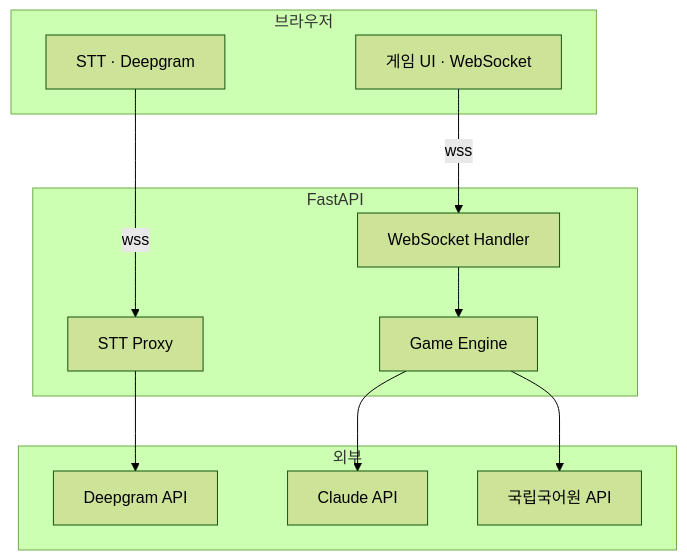
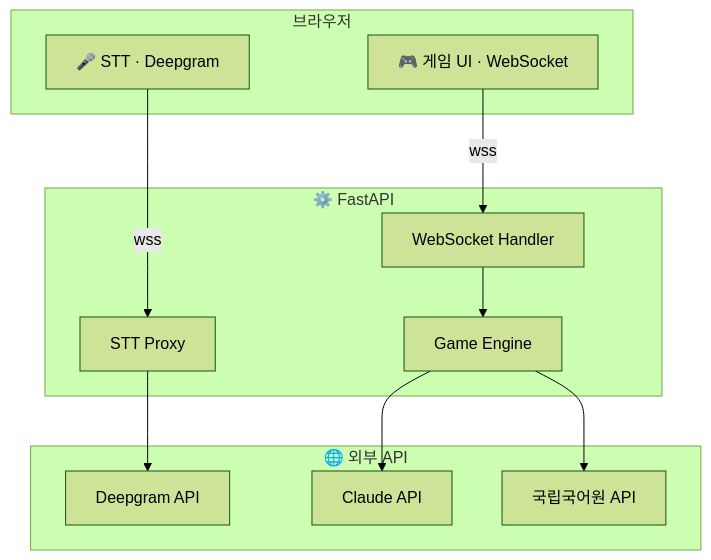
The second of 7 diagrams in README.md (Technoetic/word-chain-game), drawn with Mermaid (forest theme) before and after one commit. The commit also changed other lines of this file, not shown here.

````diff
--- a/README.md
+++ b/README.md
@@ -35,26 +35,26 @@
 ```mermaid
 flowchart TB
     subgraph 브라우저
-        STT["STT · Deepgram"]
-        UI["게임 UI · WebSocket"]
+        STT["🎤 STT · Deepgram"]
+        UI["🎮 게임 UI · WebSocket"]
     end
 
-    subgraph 서버["FastAPI"]
+    subgraph 서버["⚙️ FastAPI"]
         PROXY["STT Proxy"]
         WS["WebSocket Handler"]
         ENGINE["Game Engine"]
     end
 
-    subgraph 외부
+    subgraph 외부["🌐 외부 API"]
         DG["Deepgram API"]
         CL["Claude API"]
         KR["국립국어원 API"]
     end
 
     STT -->|wss| PROXY
     UI -->|wss| WS
     WS --> ENGINE
     PROXY --> DG
     ENGINE --> CL
     ENGINE --> KR
 ```
````
